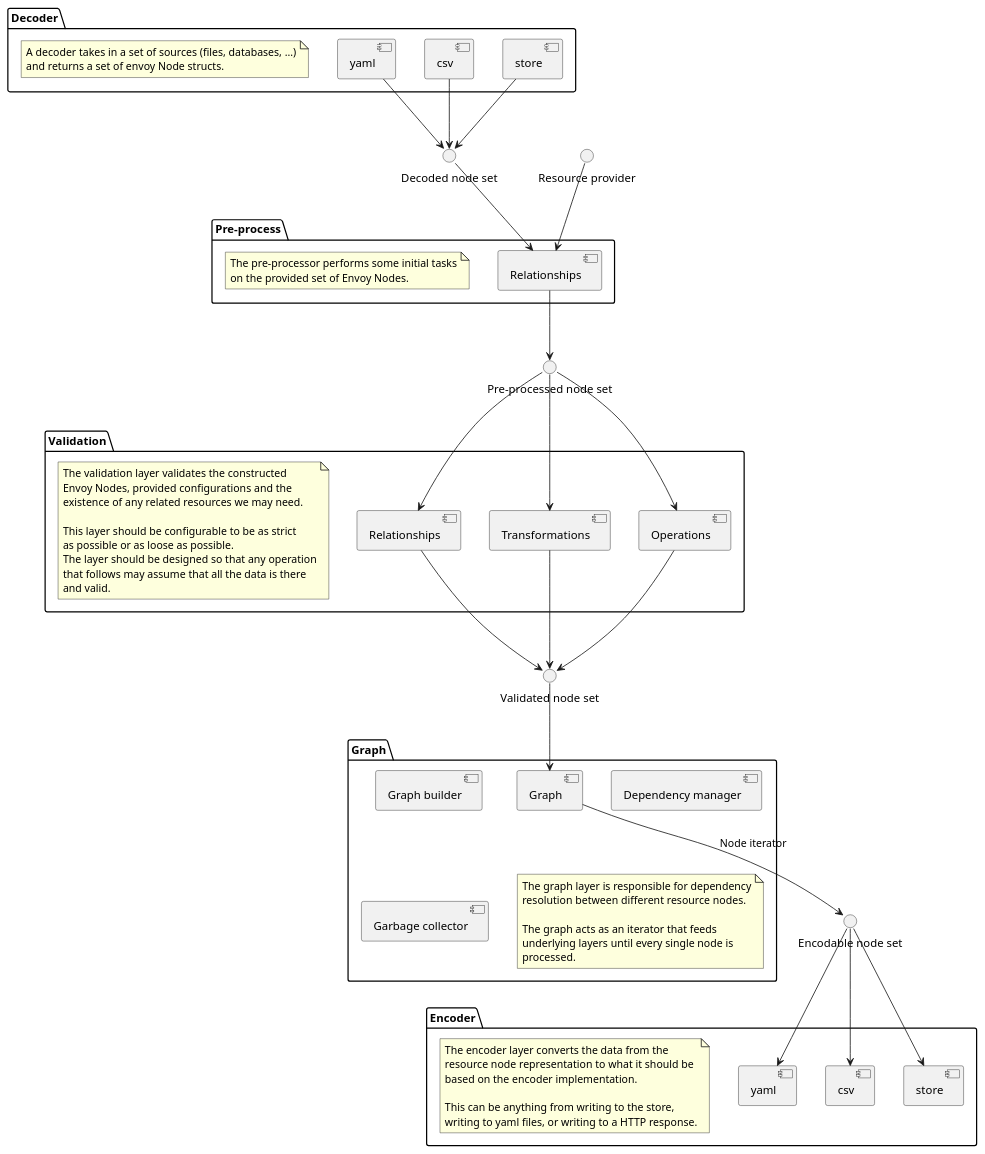
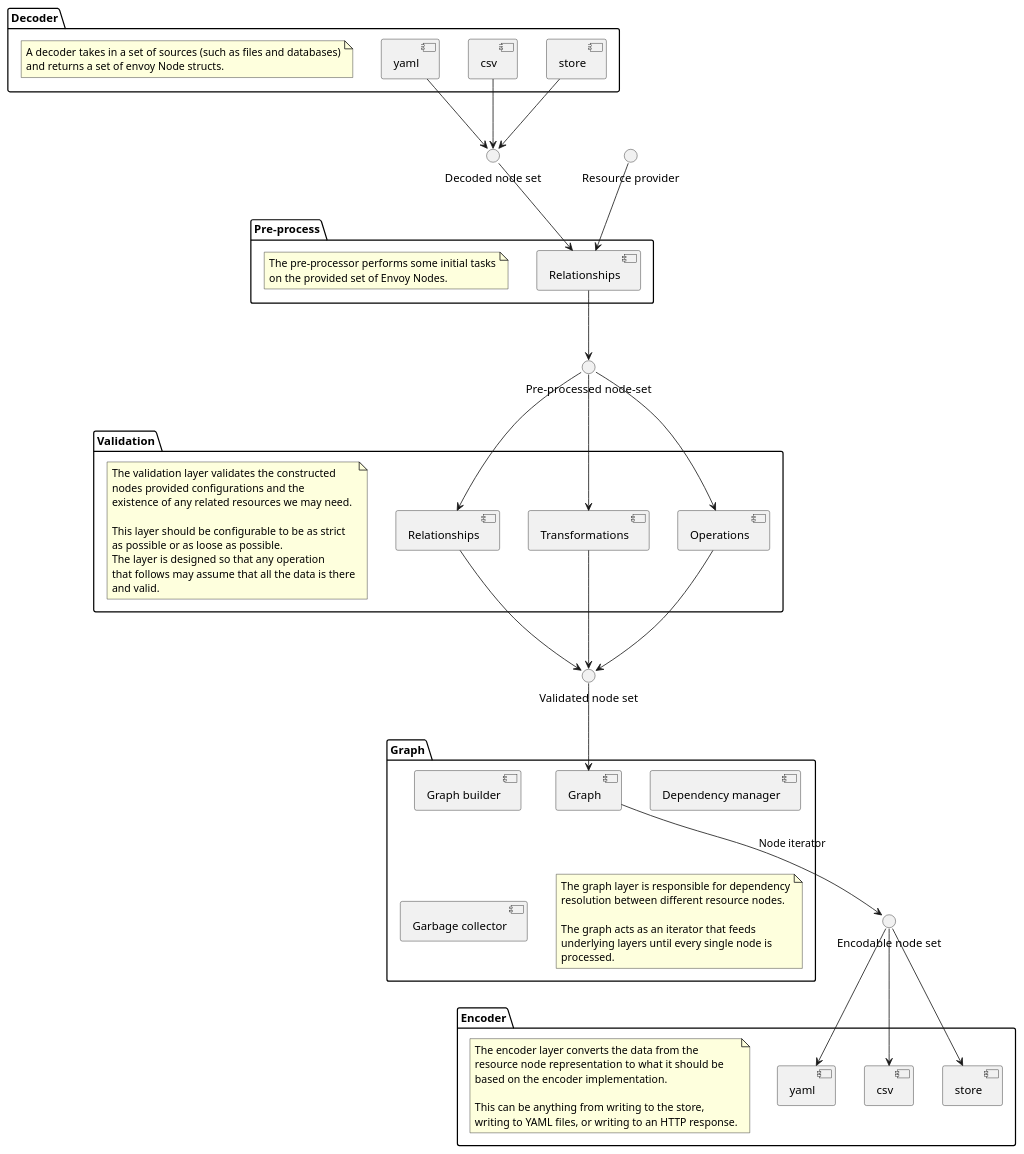
Before and after one commit to cortezaproject/corteza-docs: the diagram in src/modules/ROOT/pages/rfc/envoy/overview-dig.adoc, drawn with PlantUML. The commit also changed other lines of this file and 6 other files, not shown here.

```diff
--- a/src/modules/ROOT/pages/rfc/envoy/overview-dig.adoc
+++ b/src/modules/ROOT/pages/rfc/envoy/overview-dig.adoc
@@ -13,7 +13,7 @@
   [store] as dcstore
 
   note as ndc
-  A decoder takes in a set of sources (files, databases, ...)
+  A decoder takes in a set of sources (such as files and databases)
   and returns a set of envoy Node structs.
   end note
 }
@@ -39,7 +39,7 @@
   end note
 }
 
-interface "Pre-processed node set" as preprocNodeSet
+interface "Pre-processed node-set" as preprocNodeSet
 
 resProvider -down-> pprels
 dcNodeSet -down-> pprels
@@ -57,12 +57,12 @@
 
   note as nvld
   The validation layer validates the constructed
-  Envoy Nodes, provided configurations and the
+  nodes provided configurations and the
   existence of any related resources we may need.
 
   This layer should be configurable to be as strict
   as possible or as loose as possible.
-  The layer should be designed so that any operation
+  The layer is designed so that any operation
   that follows may assume that all the data is there
   and valid.
   end note
@@ -119,7 +119,7 @@
   based on the encoder implementation.
 
   This can be anything from writing to the store,
-  writing to yaml files, or writing to a HTTP response.
+  writing to YAML files, or writing to an HTTP response.
   end note
 }
 
```
